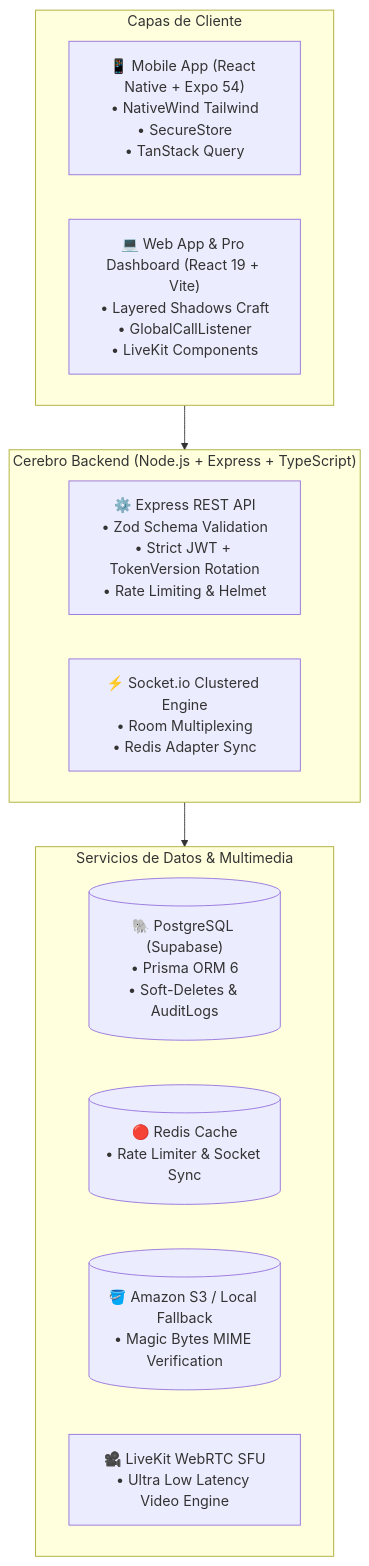
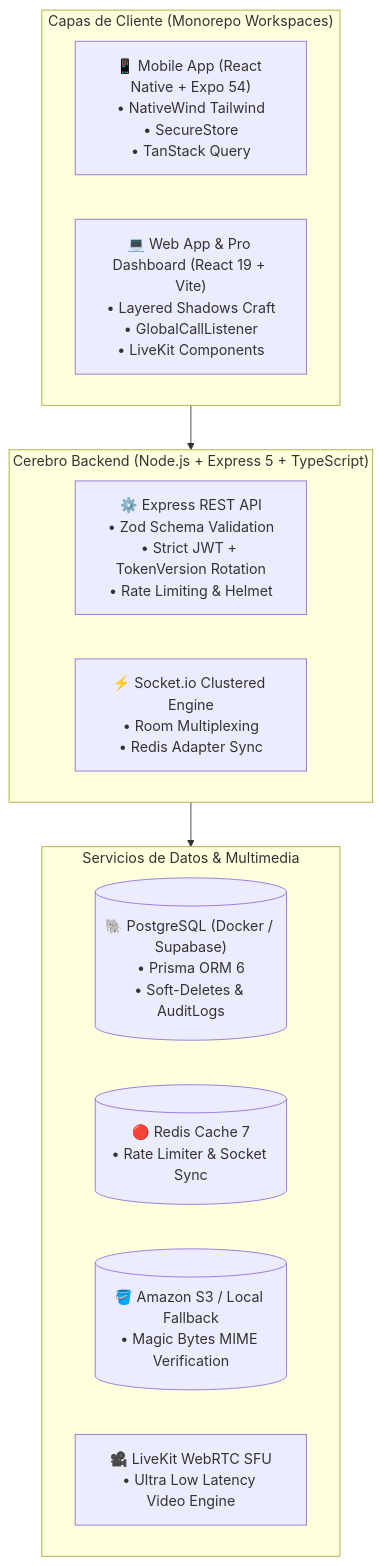
One commit to grupo-pinnacle/VetConnect changed the diagram in README.md. Above: the diagram before and after it, drawn with Mermaid. The commit also changed other lines of this file and 20 other files, not shown here.

````diff
--- a/README.md
+++ b/README.md
@@ -56,22 +67,22 @@
 ```mermaid
 flowchart TB
-    subgraph Frontend["Capas de Cliente"]
+    subgraph Frontend["Capas de Cliente (Monorepo Workspaces)"]
         Mobile["📱 Mobile App (React Native + Expo 54)\n• NativeWind Tailwind\n• SecureStore\n• TanStack Query"]
         WebClient["💻 Web App & Pro Dashboard (React 19 + Vite)\n• Layered Shadows Craft\n• GlobalCallListener\n• LiveKit Components"]
     end
 
-    subgraph Backend["Cerebro Backend (Node.js + Express + TypeScript)"]
+    subgraph Backend["Cerebro Backend (Node.js + Express 5 + TypeScript)"]
         API["⚙️ Express REST API\n• Zod Schema Validation\n• Strict JWT + TokenVersion Rotation\n• Rate Limiting & Helmet"]
         SocketEngine["⚡ Socket.io Clustered Engine\n• Room Multiplexing\n• Redis Adapter Sync"]
     end
 
     subgraph DataLayer["Servicios de Datos & Multimedia"]
-        PostgreSQL[("🐘 PostgreSQL (Supabase)\n• Prisma ORM 6\n• Soft-Deletes & AuditLogs")]
-        RedisCache[("🔴 Redis Cache\n• Rate Limiter & Socket Sync")]
+        PostgreSQL[("🐘 PostgreSQL (Docker / Supabase)\n• Prisma ORM 6\n• Soft-Deletes & AuditLogs")]
+        RedisCache[("🔴 Redis Cache 7\n• Rate Limiter & Socket Sync")]
         S3Bucket[("🪣 Amazon S3 / Local Fallback\n• Magic Bytes MIME Verification")]
         LiveKitServer["🎥 LiveKit WebRTC SFU\n• Ultra Low Latency Video Engine"]
     end
 
     Frontend --> Backend
     Backend --> DataLayer
 ```
````
